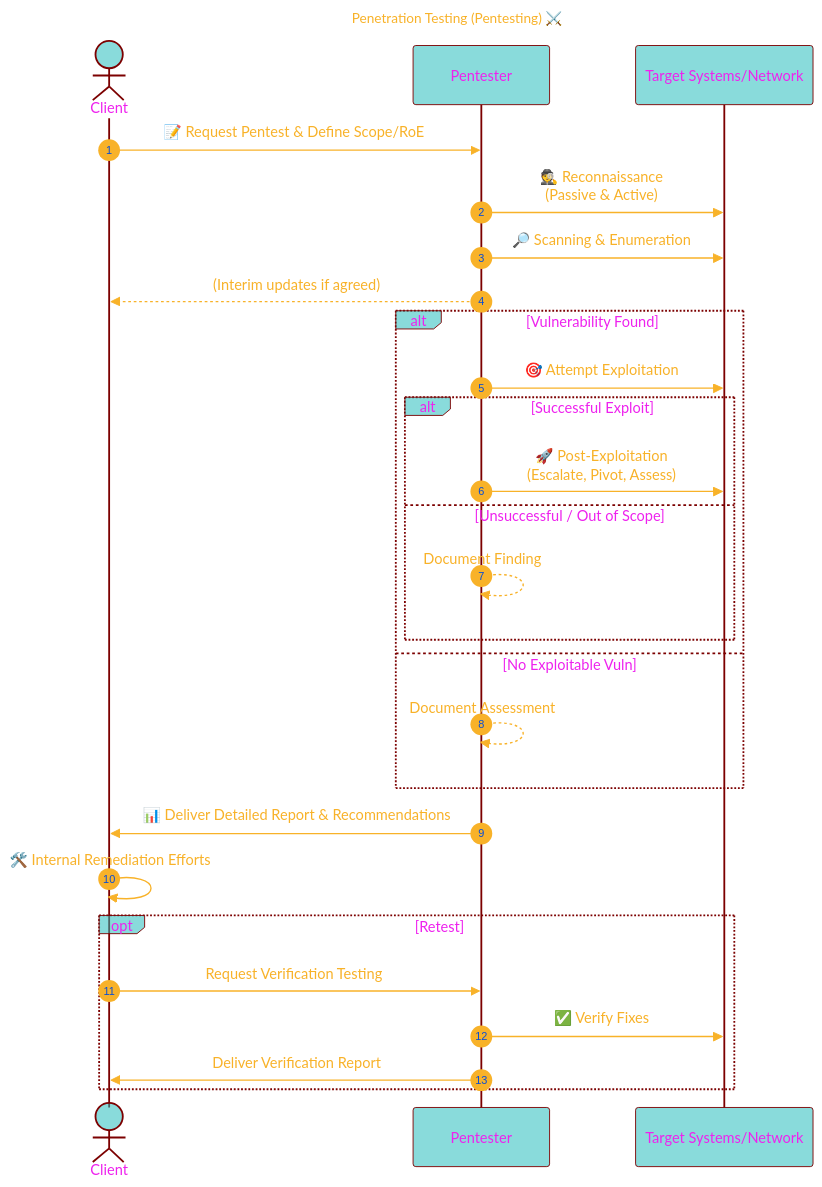
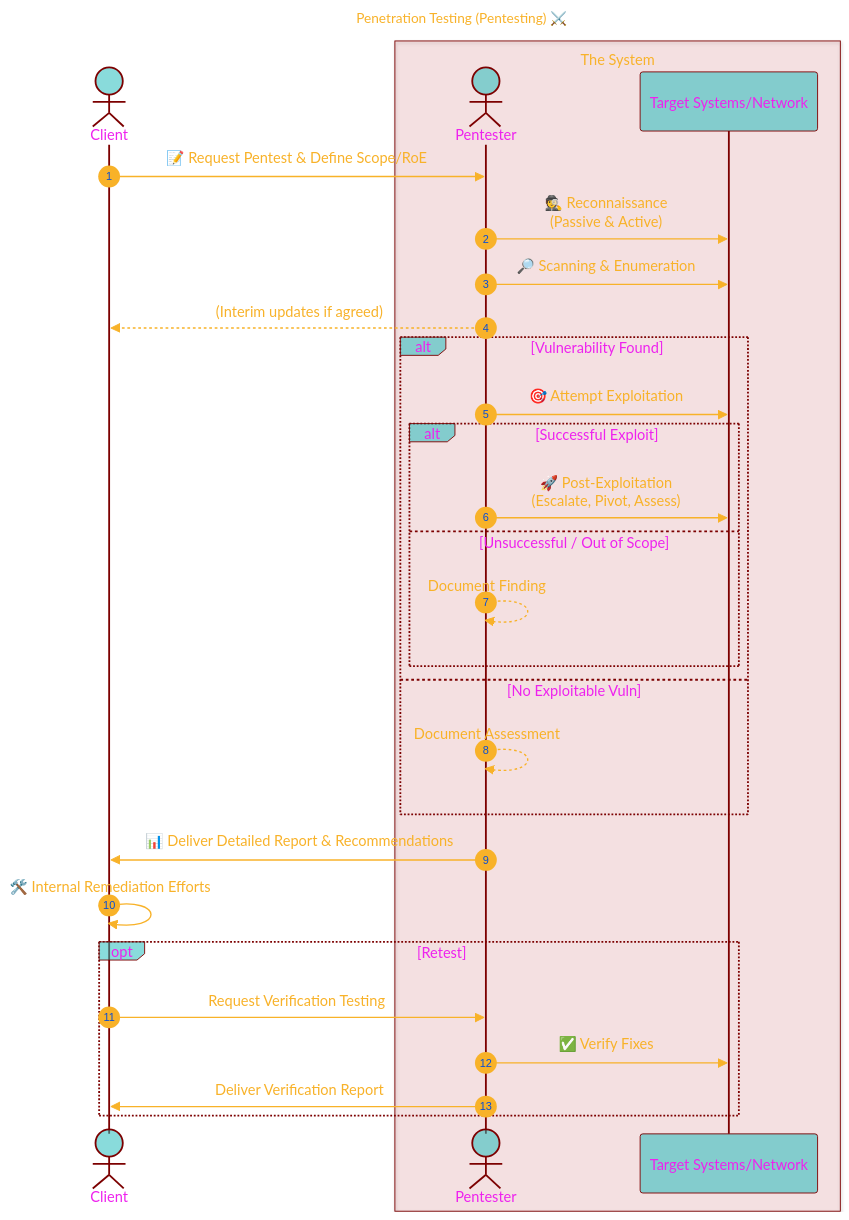
The second of 5 diagrams in Types_of_Hacking/White_Hat.md (CongLeSolutionX/EthicaLumin), drawn with Mermaid before and after one commit.

Commit message:
update notes

````diff
--- a/Types_of_Hacking/White_Hat.md
+++ b/Types_of_Hacking/White_Hat.md
@@ -169,59 +169,63 @@
 ```mermaid
 ---
 title: "Penetration Testing (Pentesting) ⚔️"
 author: "Cong Le"
 version: "0.1"
 license(s): "MIT, CC BY 4.0"
 copyright: "Copyright (c) 2025 Cong Le. All Rights Reserved."
 config:
   layout: elk
   theme: base
 ---
 %%%%%%%% Mermaid version v11.4.1-b.14
 %%{
   init: {
     'sequence': { 'mirrorActors': true, 'showSequenceNumbers': true, 'actorMargin': 50 },
     'fontFamily': 'Monaco',
     'themeVariables': {
       'primaryColor': '#2BB8',
       'primaryBorderColor': '#7C0000',
       'lineColor': '#F8B229',
       'secondaryColor': '#6122',
       'tertiaryColor': '#fff',
       'fontSize': '15px',
       'textColor': '#F8B229',
       'actorTextColor': '#E2E',
       'stroke':'#033',
       'stroke-width': '0.2px'
     }
   }
 }%%
 sequenceDiagram
     actor Client
-    participant Pentester
-    participant TargetSystem as Target Systems/Network
+    
+    box rgb(202, 12, 22, 0.1) The System
+      actor Pentester
+      participant TargetSystem as Target Systems/Network
+    end
 
     Client->>Pentester: 📝 Request Pentest & Define Scope/RoE
     Pentester->>TargetSystem: 🕵️ Reconnaissance <br/>(Passive & Active)
     Pentester->>TargetSystem: 🔎 Scanning & Enumeration
     Pentester-->>Client: (Interim updates if agreed)
     
     alt Vulnerability Found
+    
         Pentester->>TargetSystem: 🎯 Attempt Exploitation
         alt Successful Exploit
             Pentester->>TargetSystem: 🚀 Post-Exploitation<br/>(Escalate, Pivot, Assess)
         else Unsuccessful / Out of Scope
             Pentester-->>Pentester: Document Finding
         end
     else No Exploitable Vuln
         Pentester-->>Pentester: Document Assessment
     end
     
     Pentester->>Client: 📊 Deliver Detailed Report & Recommendations
     Client->>Client: 🛠️ Internal Remediation Efforts
     opt Retest
         Client->>Pentester: Request Verification Testing
         Pentester->>TargetSystem: ✅ Verify Fixes
         Pentester->>Client: Deliver Verification Report
     end
 ```
````
